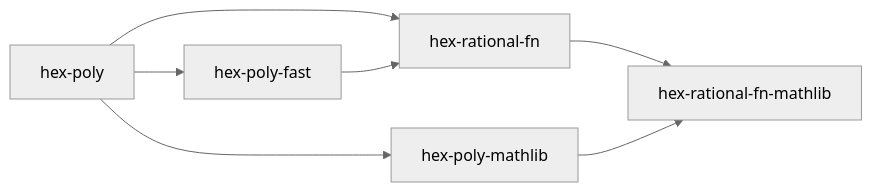
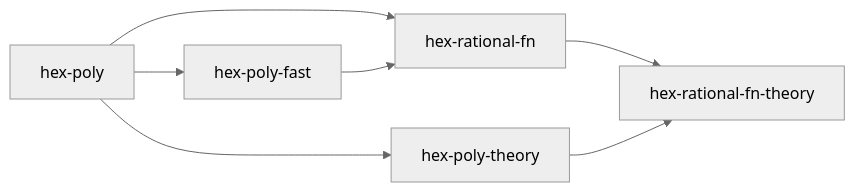
One commit to kim-em/hex-dev changed the diagram in SPEC/Libraries/README.md. Above: the diagram before and after it, drawn with Mermaid (neutral theme). The commit also changed other lines of this file and 3319 other files, not shown here.

````diff
--- a/SPEC/Libraries/README.md
+++ b/SPEC/Libraries/README.md
@@ -303,9 +303,9 @@
 ```mermaid
 flowchart LR
   P[hex-poly] --> F[hex-poly-fast]
   P --> R[hex-rational-fn]
   F --> R
-  P --> PM[hex-poly-mathlib]
-  R --> RM[hex-rational-fn-mathlib]
+  P --> PM[hex-poly-theory]
+  R --> RM[hex-rational-fn-theory]
   PM --> RM
 ```
````
